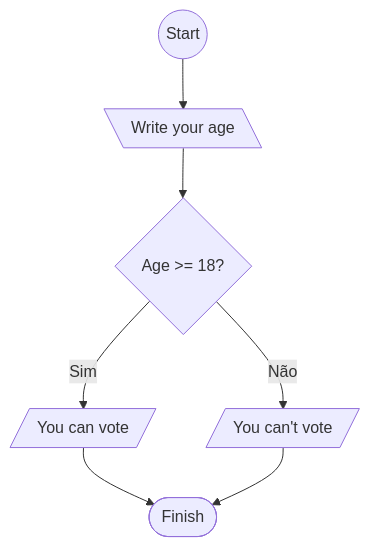
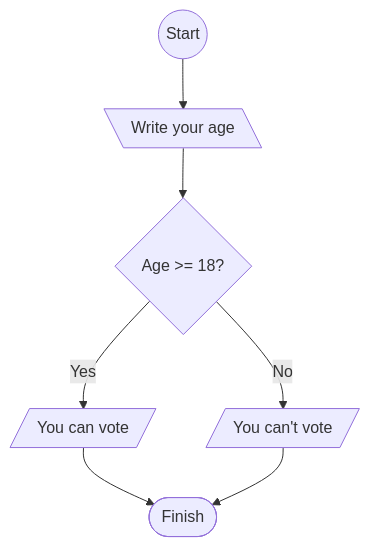
One commit to AndreLucas0/aula-LP changed the fifth of 10 diagrams in Listas de Exercícios/LP_Lista_01/README.md. Above: the diagram before and after it, drawn with Mermaid. The commit also changed other lines of this file, not shown here.

Commit message:
Correção erros nos exs

````diff
--- a/Listas de Exercícios/LP_Lista_01/README.md
+++ b/Listas de Exercícios/LP_Lista_01/README.md
@@ -79,9 +79,9 @@
    ```mermaid
    flowchart TD
        start(( Start )) --> input1[\ Write your age \]
         input1 --> verification1{ Age >= 18? }
-        verification1 --> |Sim| A[/ You can vote /]
-        verification1 --> |Não| B[/ You can't vote /]
+        verification1 --> |Yes| A[/ You can vote /]
+        verification1 --> |No| B[/ You can't vote /]
         A --> finish([ Finish ])
         B --> finish
    ```
````
